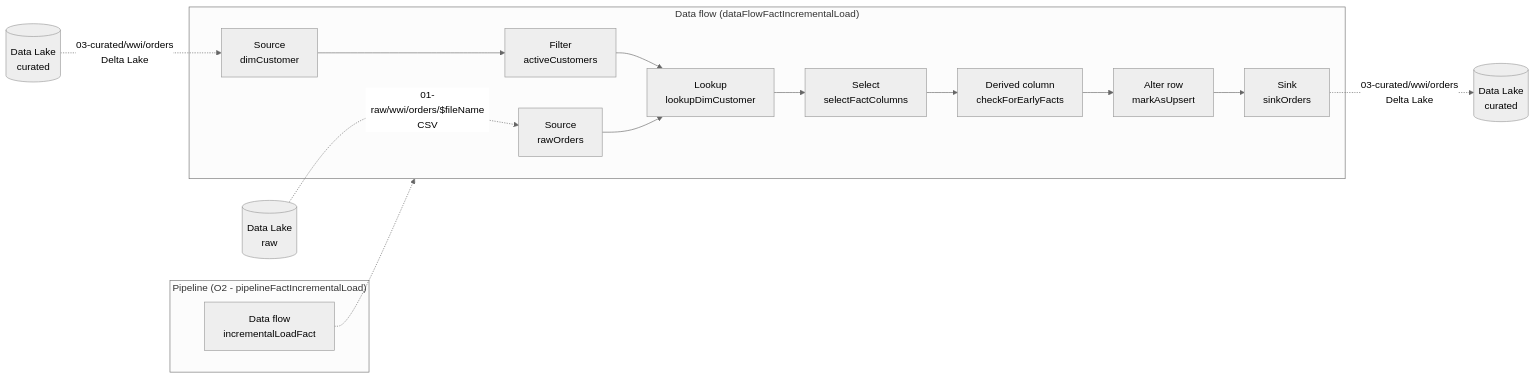
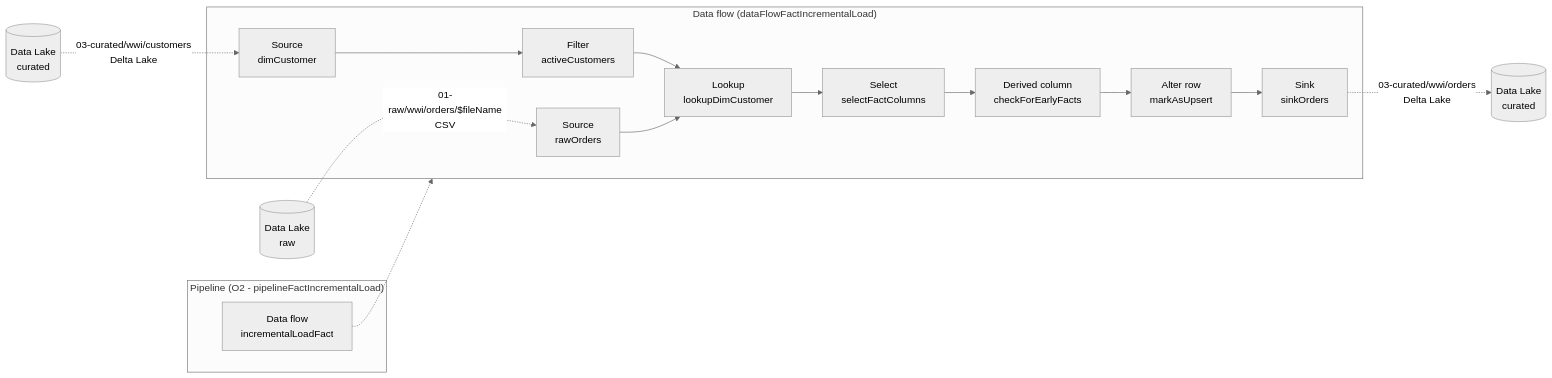
One commit to tayganr/lakehouse changed the diagram in modules/module02b.md. Above: the diagram before and after it, drawn with Mermaid (neutral theme).

Commit message:
module02b

````diff
--- a/modules/module02b.md
+++ b/modules/module02b.md
@@ -15,36 +15,36 @@
 ```mermaid
 flowchart LR
 
 ds1[(Data Lake\nraw)]
 ds2a[(Data Lake\ncurated)]
 ds2b[(Data Lake\ncurated)]
 
 ds1-."01-raw/wwi/orders/$fileName\nCSV".->df1
-ds2b-."03-curated/wwi/orders\nDelta Lake".->df7
+ds2b-."03-curated/wwi/customers\nDelta Lake".->df7
 df6-."03-curated/wwi/orders\nDelta Lake".->ds2a
 
 subgraph p["Pipeline (O2 - pipelineFactIncrementalLoad)"]
 a1[Data flow\nincrementalLoadFact]
 end
 
 a1-.->df
 
 subgraph df["Data flow (dataFlowFactIncrementalLoad)"]
 df1[Source\nrawOrders]
 df2[Lookup\nlookupDimCustomer]
 df3[Select\nselectFactColumns]
 df4[Derived column\ncheckForEarlyFacts]
 df5[Alter row\nmarkAsUpsert]
 df6[Sink\nsinkOrders]
 df7[Source\ndimCustomer]
 df8[Filter\nactiveCustomers]
 df1-->df2
 df2-->df3
 df3-->df4
 df4-->df5
 df5-->df6
 df7-->df8
 df8-->df2
 end
 
 ```
````
